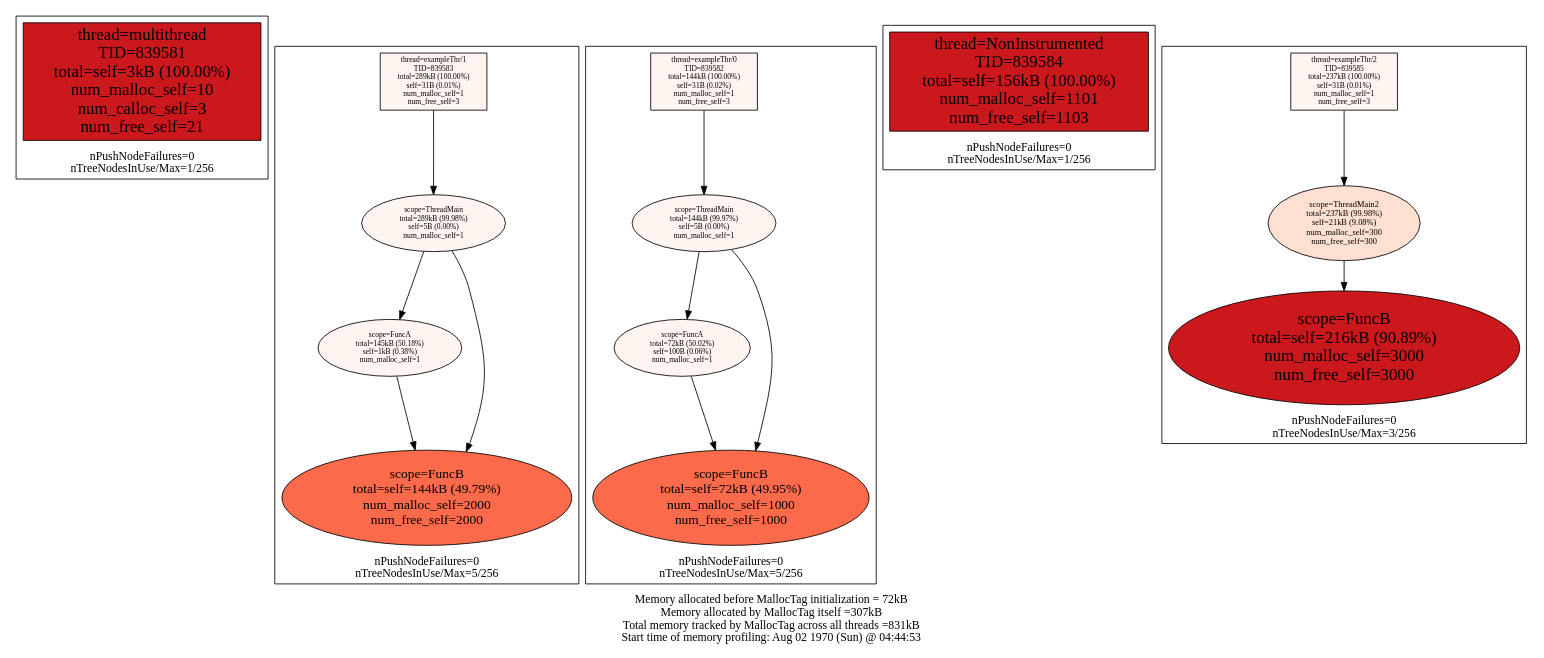
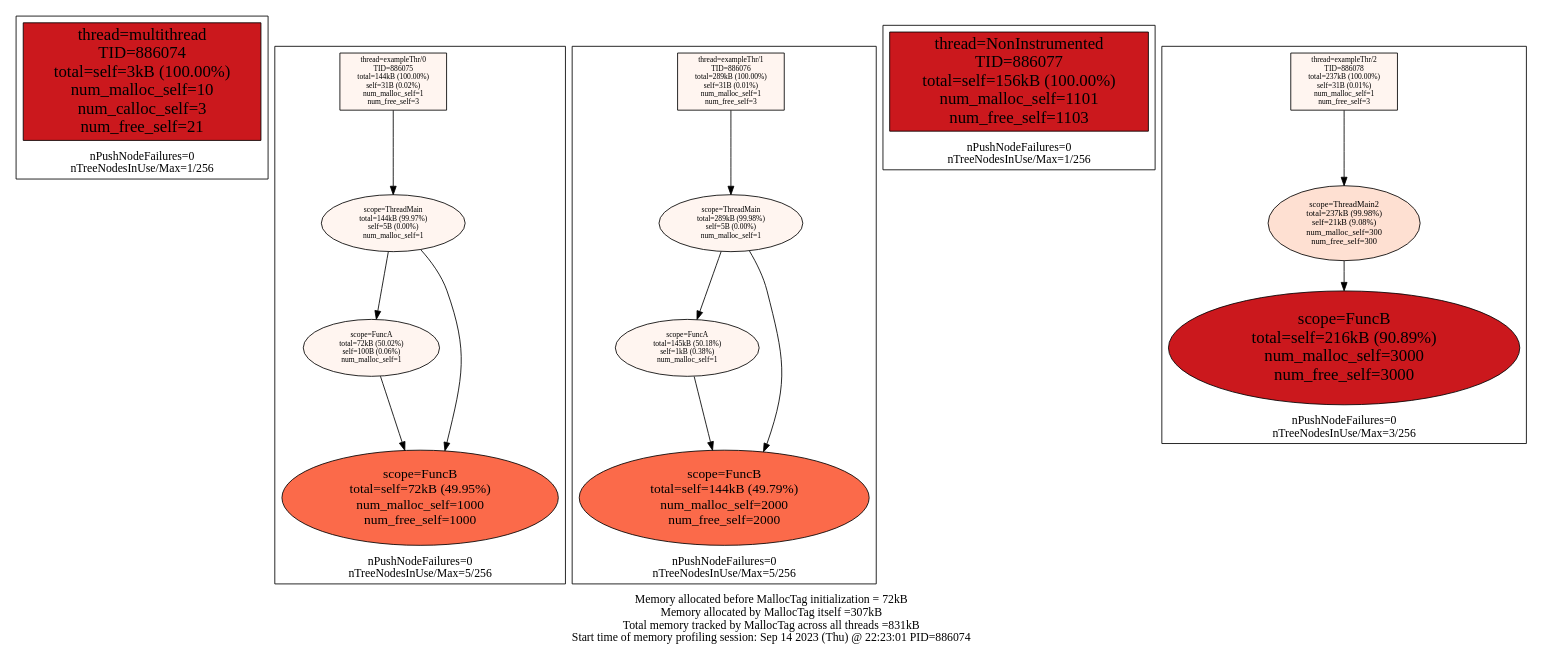
Before and after one commit to f18m/malloc-tag: the diagram in examples/multithread/multithread_stats.dot, drawn with Graphviz. The commit also changed 6 other files, not shown here.

```diff
--- a/examples/multithread/multithread_stats.dot
+++ b/examples/multithread/multithread_stats.dot
@@ -1,60 +1,60 @@
 digraph MallocTree {
  node [colorscheme=reds9 style=filled]
- subgraph cluster_TID839581 {
+ subgraph cluster_TID886074 {
   node [colorscheme=reds9 style=filled]
   labelloc="b"
   label="nPushNodeFailures=0\nnTreeNodesInUse/Max=1/256\n"
-  "839581_multithread" [label="thread=multithread\nTID=839581\ntotal=self=3kB (100.00%)\nnum_malloc_self=10\nnum_calloc_self=3\nnum_free_self=21" shape=box fillcolor=7 fontsize=20]
+  "886074_multithread" [label="thread=multithread\nTID=886074\ntotal=self=3kB (100.00%)\nnum_malloc_self=10\nnum_calloc_self=3\nnum_free_self=21" shape=box fillcolor=7 fontsize=20]
  }
 
- subgraph cluster_TID839583 {
+ subgraph cluster_TID886075 {
   node [colorscheme=reds9 style=filled]
   labelloc="b"
   label="nPushNodeFailures=0\nnTreeNodesInUse/Max=5/256\n"
-  "839583_exampleThr/1" [label="thread=exampleThr/1\nTID=839583\ntotal=289kB (100.00%)\nself=31B (0.01%)\nnum_malloc_self=1\nnum_free_self=3" shape=box fillcolor=1 fontsize=9]
-  "839583_exampleThr/1" -> "839583_ThreadMain"
-  "839583_ThreadMain" [label="scope=ThreadMain\ntotal=289kB (99.98%)\nself=5B (0.00%)\nnum_malloc_self=1" fillcolor=1 fontsize=9]
-  "839583_ThreadMain" -> "839583_FuncA"
-  "839583_ThreadMain" -> "839583_FuncB"
-  "839583_FuncA" [label="scope=FuncA\ntotal=145kB (50.18%)\nself=1kB (0.38%)\nnum_malloc_self=1" fillcolor=1 fontsize=9]
-  "839583_FuncA" -> "839583_FuncB"
-  "839583_FuncB" [label="scope=FuncB\ntotal=self=144kB (49.79%)\nnum_malloc_self=2000\nnum_free_self=2000" fillcolor=5 fontsize=16]
-  "839583_FuncB" [label="scope=FuncB\ntotal=self=144kB (49.79%)\nnum_malloc_self=2000\nnum_free_self=2000" fillcolor=5 fontsize=16]
+  "886075_exampleThr/0" [label="thread=exampleThr/0\nTID=886075\ntotal=144kB (100.00%)\nself=31B (0.02%)\nnum_malloc_self=1\nnum_free_self=3" shape=box fillcolor=1 fontsize=9]
+  "886075_exampleThr/0" -> "886075_ThreadMain"
+  "886075_ThreadMain" [label="scope=ThreadMain\ntotal=144kB (99.97%)\nself=5B (0.00%)\nnum_malloc_self=1" fillcolor=1 fontsize=9]
+  "886075_ThreadMain" -> "886075_FuncA"
+  "886075_ThreadMain" -> "886075_FuncB"
+  "886075_FuncA" [label="scope=FuncA\ntotal=72kB (50.02%)\nself=100B (0.06%)\nnum_malloc_self=1" fillcolor=1 fontsize=9]
+  "886075_FuncA" -> "886075_FuncB"
+  "886075_FuncB" [label="scope=FuncB\ntotal=self=72kB (49.95%)\nnum_malloc_self=1000\nnum_free_self=1000" fillcolor=5 fontsize=16]
+  "886075_FuncB" [label="scope=FuncB\ntotal=self=72kB (49.95%)\nnum_malloc_self=1000\nnum_free_self=1000" fillcolor=5 fontsize=16]
  }
 
- subgraph cluster_TID839582 {
+ subgraph cluster_TID886076 {
   node [colorscheme=reds9 style=filled]
   labelloc="b"
   label="nPushNodeFailures=0\nnTreeNodesInUse/Max=5/256\n"
-  "839582_exampleThr/0" [label="thread=exampleThr/0\nTID=839582\ntotal=144kB (100.00%)\nself=31B (0.02%)\nnum_malloc_self=1\nnum_free_self=3" shape=box fillcolor=1 fontsize=9]
-  "839582_exampleThr/0" -> "839582_ThreadMain"
-  "839582_ThreadMain" [label="scope=ThreadMain\ntotal=144kB (99.97%)\nself=5B (0.00%)\nnum_malloc_self=1" fillcolor=1 fontsize=9]
-  "839582_ThreadMain" -> "839582_FuncA"
-  "839582_ThreadMain" -> "839582_FuncB"
-  "839582_FuncA" [label="scope=FuncA\ntotal=72kB (50.02%)\nself=100B (0.06%)\nnum_malloc_self=1" fillcolor=1 fontsize=9]
-  "839582_FuncA" -> "839582_FuncB"
-  "839582_FuncB" [label="scope=FuncB\ntotal=self=72kB (49.95%)\nnum_malloc_self=1000\nnum_free_self=1000" fillcolor=5 fontsize=16]
-  "839582_FuncB" [label="scope=FuncB\ntotal=self=72kB (49.95%)\nnum_malloc_self=1000\nnum_free_self=1000" fillcolor=5 fontsize=16]
+  "886076_exampleThr/1" [label="thread=exampleThr/1\nTID=886076\ntotal=289kB (100.00%)\nself=31B (0.01%)\nnum_malloc_self=1\nnum_free_self=3" shape=box fillcolor=1 fontsize=9]
+  "886076_exampleThr/1" -> "886076_ThreadMain"
+  "886076_ThreadMain" [label="scope=ThreadMain\ntotal=289kB (99.98%)\nself=5B (0.00%)\nnum_malloc_self=1" fillcolor=1 fontsize=9]
+  "886076_ThreadMain" -> "886076_FuncA"
+  "886076_ThreadMain" -> "886076_FuncB"
+  "886076_FuncA" [label="scope=FuncA\ntotal=145kB (50.18%)\nself=1kB (0.38%)\nnum_malloc_self=1" fillcolor=1 fontsize=9]
+  "886076_FuncA" -> "886076_FuncB"
+  "886076_FuncB" [label="scope=FuncB\ntotal=self=144kB (49.79%)\nnum_malloc_self=2000\nnum_free_self=2000" fillcolor=5 fontsize=16]
+  "886076_FuncB" [label="scope=FuncB\ntotal=self=144kB (49.79%)\nnum_malloc_self=2000\nnum_free_self=2000" fillcolor=5 fontsize=16]
  }
 
- subgraph cluster_TID839584 {
+ subgraph cluster_TID886077 {
   node [colorscheme=reds9 style=filled]
   labelloc="b"
   label="nPushNodeFailures=0\nnTreeNodesInUse/Max=1/256\n"
-  "839584_NonInstrumented" [label="thread=NonInstrumented\nTID=839584\ntotal=self=156kB (100.00%)\nnum_malloc_self=1101\nnum_free_self=1103" shape=box fillcolor=7 fontsize=20]
+  "886077_NonInstrumented" [label="thread=NonInstrumented\nTID=886077\ntotal=self=156kB (100.00%)\nnum_malloc_self=1101\nnum_free_self=1103" shape=box fillcolor=7 fontsize=20]
  }
 
- subgraph cluster_TID839585 {
+ subgraph cluster_TID886078 {
   node [colorscheme=reds9 style=filled]
   labelloc="b"
   label="nPushNodeFailures=0\nnTreeNodesInUse/Max=3/256\n"
-  "839585_exampleThr/2" [label="thread=exampleThr/2\nTID=839585\ntotal=237kB (100.00%)\nself=31B (0.01%)\nnum_malloc_self=1\nnum_free_self=3" shape=box fillcolor=1 fontsize=9]
-  "839585_exampleThr/2" -> "839585_ThreadMain2"
-  "839585_ThreadMain2" [label="scope=ThreadMain2\ntotal=237kB (99.98%)\nself=21kB (9.08%)\nnum_malloc_self=300\nnum_free_self=300" fillcolor=2 fontsize=10]
-  "839585_ThreadMain2" -> "839585_FuncB"
-  "839585_FuncB" [label="scope=FuncB\ntotal=self=216kB (90.89%)\nnum_malloc_self=3000\nnum_free_self=3000" fillcolor=7 fontsize=20]
+  "886078_exampleThr/2" [label="thread=exampleThr/2\nTID=886078\ntotal=237kB (100.00%)\nself=31B (0.01%)\nnum_malloc_self=1\nnum_free_self=3" shape=box fillcolor=1 fontsize=9]
+  "886078_exampleThr/2" -> "886078_ThreadMain2"
+  "886078_ThreadMain2" [label="scope=ThreadMain2\ntotal=237kB (99.98%)\nself=21kB (9.08%)\nnum_malloc_self=300\nnum_free_self=300" fillcolor=2 fontsize=10]
+  "886078_ThreadMain2" -> "886078_FuncB"
+  "886078_FuncB" [label="scope=FuncB\ntotal=self=216kB (90.89%)\nnum_malloc_self=3000\nnum_free_self=3000" fillcolor=7 fontsize=20]
  }
 
  labelloc="b"
- label="Memory allocated before MallocTag initialization = 72kB\nMemory allocated by MallocTag itself =307kB\nTotal memory tracked by MallocTag across all threads =831kB\nStart time of memory profiling: Aug 02 1970 (Sun) @ 04:44:53\n"
+ label="Memory allocated before MallocTag initialization = 72kB\nMemory allocated by MallocTag itself =307kB\nTotal memory tracked by MallocTag across all threads =831kB\nStart time of memory profiling session: Sep 14 2023 (Thu) @ 22:23:01 PID=886074\n"
 }
```
